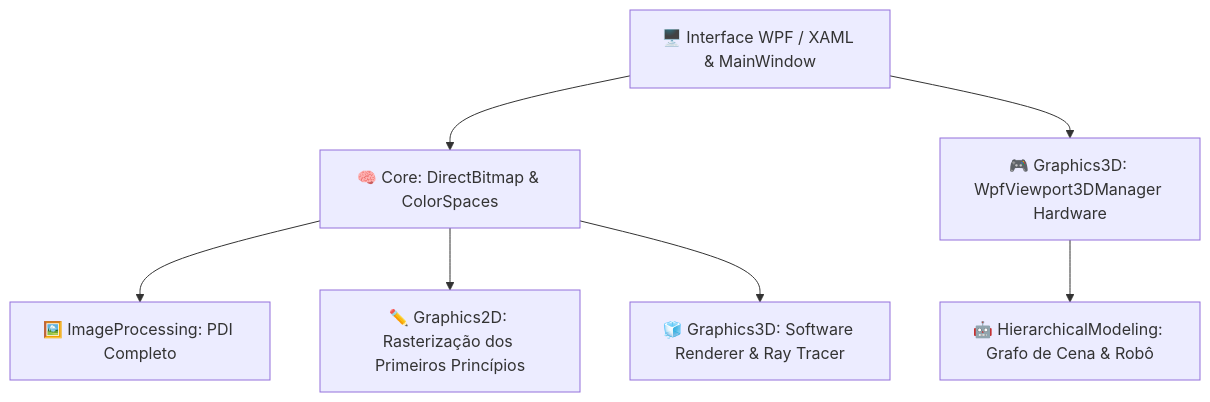
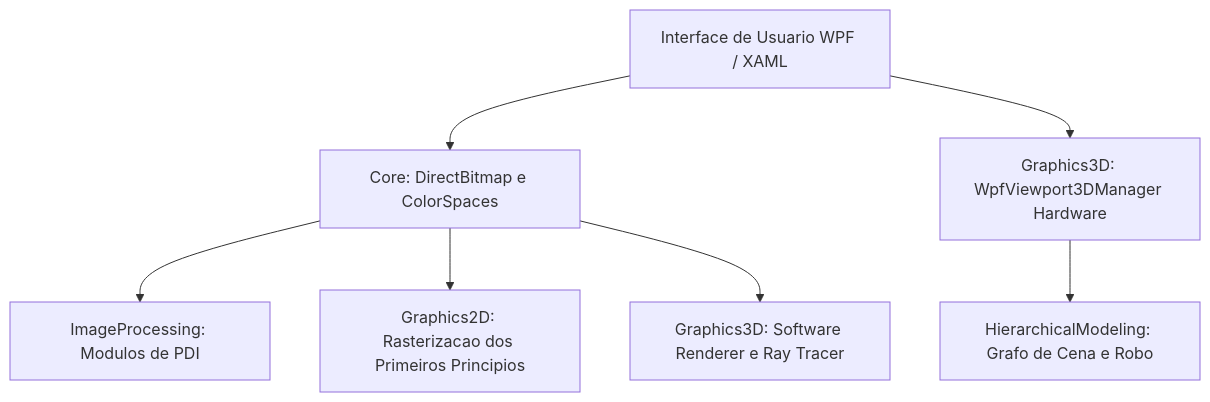
The diagram in docs/src/content/docs/index.mdx (Gabriel-Freitas-S/CGPDI.StudyLab), drawn with Mermaid before and after one commit. The commit also changed other lines of this file and 35 other files, not shown here.

Commit message:
docs: aprimorar linguagem didatica e suporte nativo a diagramas Mermaid

````diff
--- a/docs/src/content/docs/index.mdx
+++ b/docs/src/content/docs/index.mdx
@@ -57,9 +57,9 @@
 ```mermaid
 graph TD
-    A[🖥️ Interface WPF / XAML & MainWindow] --> B[🧠 Core: DirectBitmap & ColorSpaces]
-    B --> C[🖼️ ImageProcessing: PDI Completo]
-    B --> D[✏️ Graphics2D: Rasterização dos Primeiros Princípios]
-    B --> E[🧊 Graphics3D: Software Renderer & Ray Tracer]
-    A --> F[🎮 Graphics3D: WpfViewport3DManager Hardware]
-    F --> G[🤖 HierarchicalModeling: Grafo de Cena & Robô]
+    A[Interface de Usuario WPF / XAML] --> B[Core: DirectBitmap e ColorSpaces]
+    B --> C[ImageProcessing: Modulos de PDI]
+    B --> D[Graphics2D: Rasterizacao dos Primeiros Principios]
+    B --> E[Graphics3D: Software Renderer e Ray Tracer]
+    A --> F[Graphics3D: WpfViewport3DManager Hardware]
+    F --> G[HierarchicalModeling: Grafo de Cena e Robo]
 ```
````
